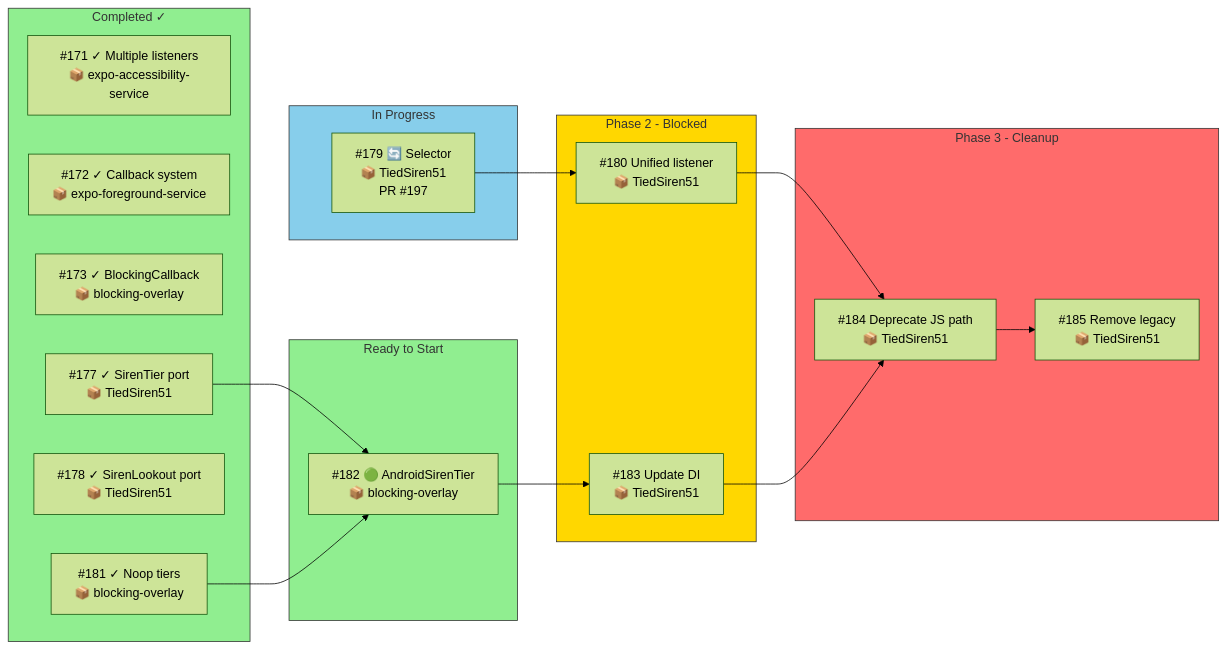
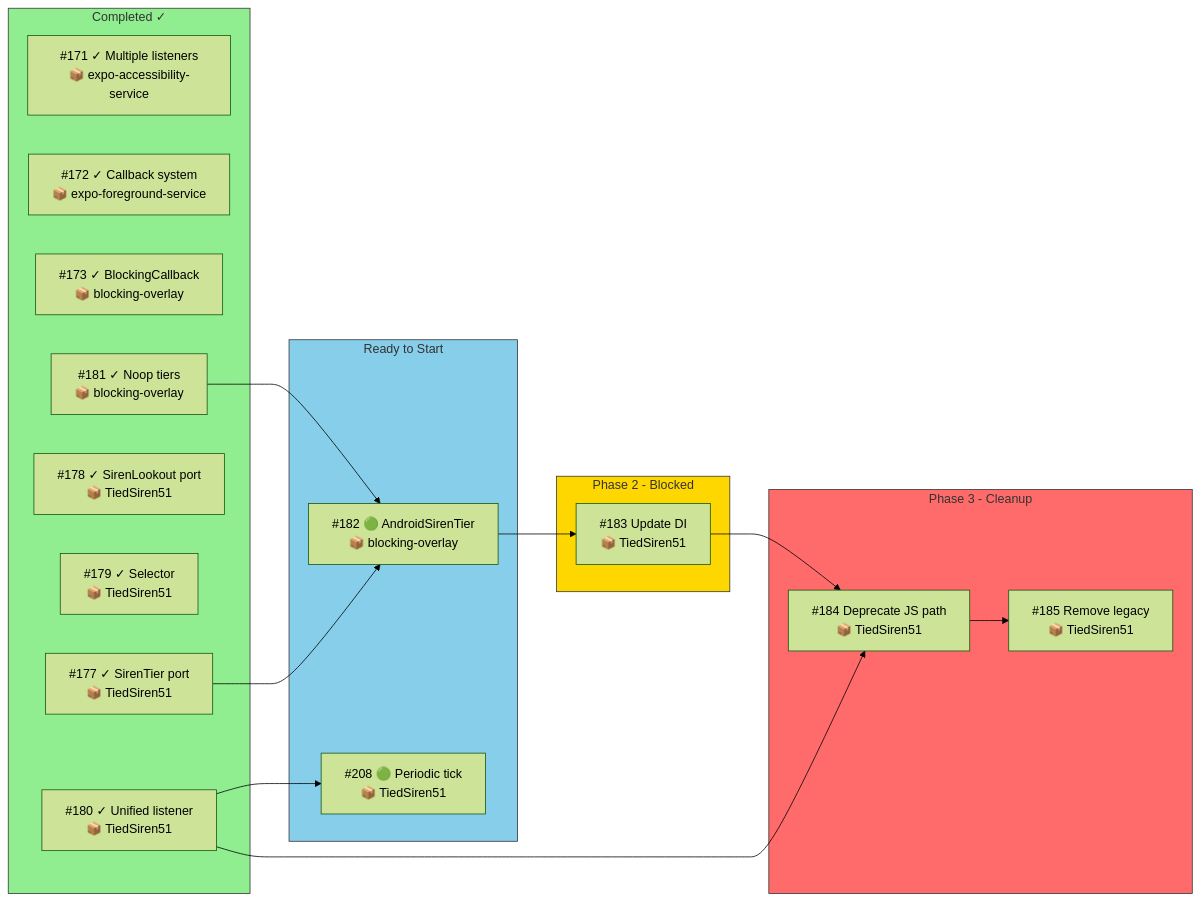
One commit to amehmeto/TiedSiren51 changed the fourth of 6 diagrams in docs/dependency-graph.md. Above: the diagram before and after it, drawn with Mermaid (forest theme). The commit also changed other lines of this file and 38 other files, not shown here.

````diff
--- a/docs/dependency-graph.md
+++ b/docs/dependency-graph.md
@@ -117,43 +120,40 @@
 ```mermaid
 flowchart LR
     subgraph DONE["Completed ✓"]
         I171["#171 ✓ Multiple listeners<br/>📦 expo-accessibility-service"]
         I172["#172 ✓ Callback system<br/>📦 expo-foreground-service"]
         I173["#173 ✓ BlockingCallback<br/>📦 blocking-overlay"]
         I177["#177 ✓ SirenTier port<br/>📦 TiedSiren51"]
         I178["#178 ✓ SirenLookout port<br/>📦 TiedSiren51"]
+        I179["#179 ✓ Selector<br/>📦 TiedSiren51"]
+        I180["#180 ✓ Unified listener<br/>📦 TiedSiren51"]
         I181["#181 ✓ Noop tiers<br/>📦 blocking-overlay"]
-    end
-
-    subgraph INPROG["In Progress"]
-        I179["#179 🔄 Selector<br/>📦 TiedSiren51<br/>PR #197"]
     end
 
     subgraph READY["Ready to Start"]
         I182["#182 🟢 AndroidSirenTier<br/>📦 blocking-overlay"]
+        I208["#208 🟢 Periodic tick<br/>📦 TiedSiren51"]
     end
 
     subgraph PHASE2["Phase 2 - Blocked"]
-        I180["#180 Unified listener<br/>📦 TiedSiren51"]
         I183["#183 Update DI<br/>📦 TiedSiren51"]
     end
 
     subgraph PHASE3["Phase 3 - Cleanup"]
         I184["#184 Deprecate JS path<br/>📦 TiedSiren51"]
         I185["#185 Remove legacy<br/>📦 TiedSiren51"]
     end
 
     I177 --> I182
     I181 --> I182
-    I179 --> I180
+    I180 --> I208
     I182 --> I183
     I180 --> I184
     I183 --> I184
     I184 --> I185
 
     style DONE fill:#90EE90,stroke:#333
-    style INPROG fill:#87CEEB,stroke:#333
-    style READY fill:#90EE90,stroke:#333
+    style READY fill:#87CEEB,stroke:#333
     style PHASE2 fill:#FFD700,stroke:#333
     style PHASE3 fill:#FF6B6B,stroke:#333
 ```
````
